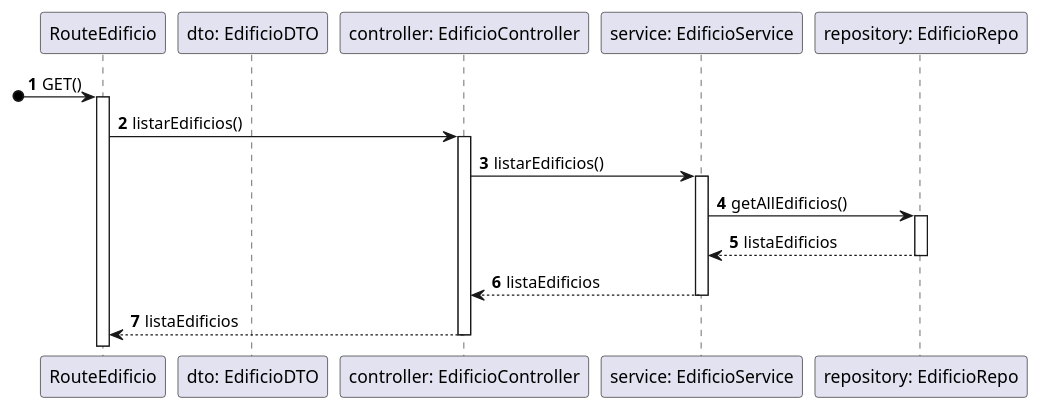
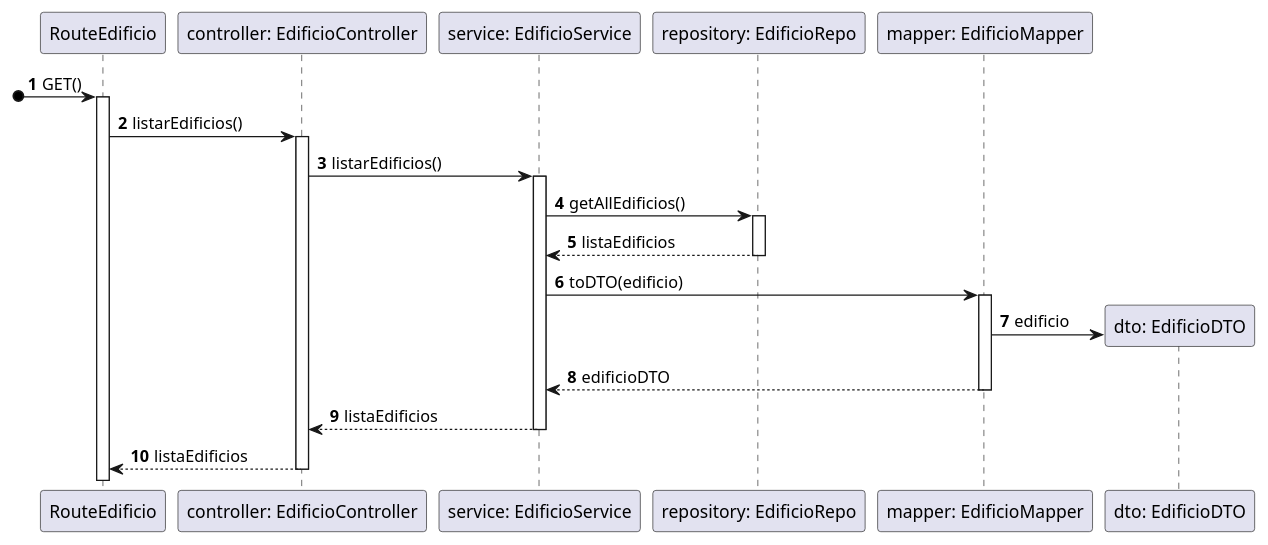
One commit to SEM5PI2324G58/sem5pi_g58_23_24 changed the diagram in docs/Sprint_A/US_170/N3/VP.plantuml. Above: the diagram before and after it, drawn with PlantUML. The commit also changed 5 other files, not shown here.

```diff
--- a/docs/Sprint_A/US_170/N3/VP.plantuml
+++ b/docs/Sprint_A/US_170/N3/VP.plantuml
@@ -1,20 +1,25 @@
 autonumber
 
 participant RouteEdificio as route
-participant "dto: EdificioDTO" as dto
 participant "controller: EdificioController" as ctrl
 participant "service: EdificioService" as service
 participant "repository: EdificioRepo" as edRepo
+participant "mapper: EdificioMapper" as mapper
+participant "dto: EdificioDTO" as dto
 
 [o-> route: GET()
 activate route
 route -> ctrl: listarEdificios()
 activate ctrl
 ctrl -> service: listarEdificios()
 activate service
 service -> edRepo: getAllEdificios()
 activate edRepo
 return listaEdificios
+service -> mapper : toDTO(edificio)
+activate mapper
+mapper -> dto ** : edificio
+return edificioDTO
 
 return listaEdificios
 return listaEdificios
```
